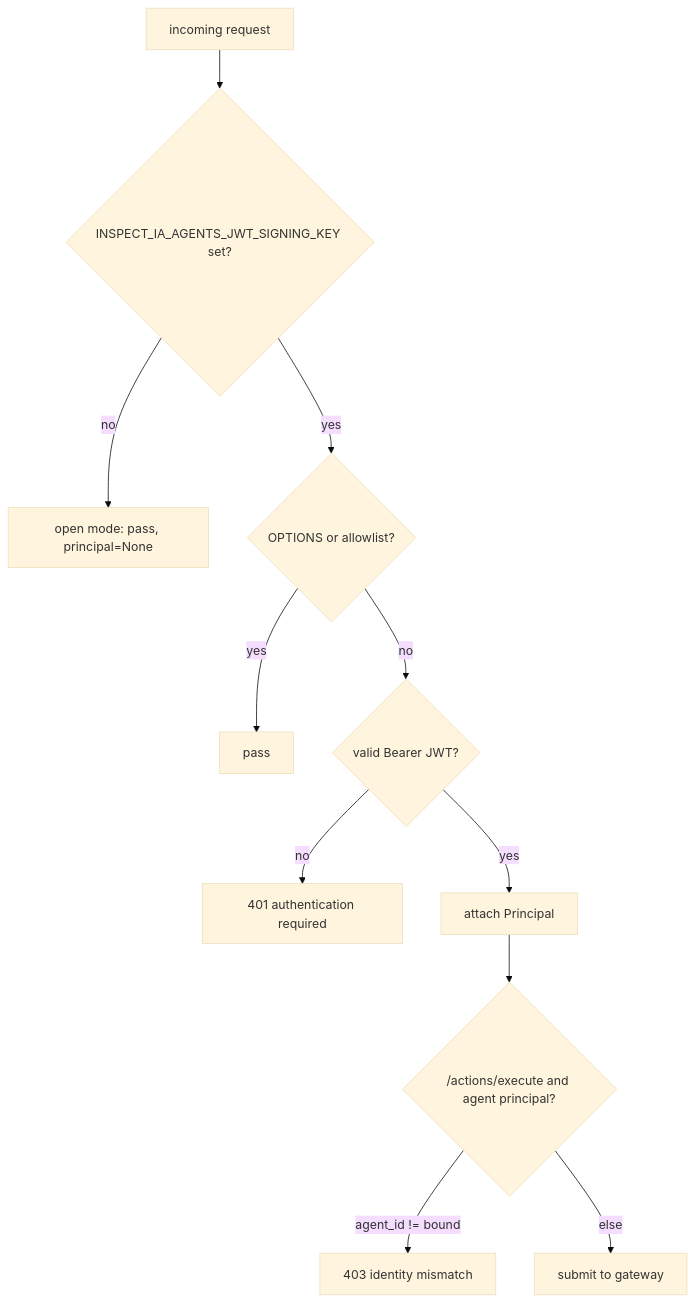
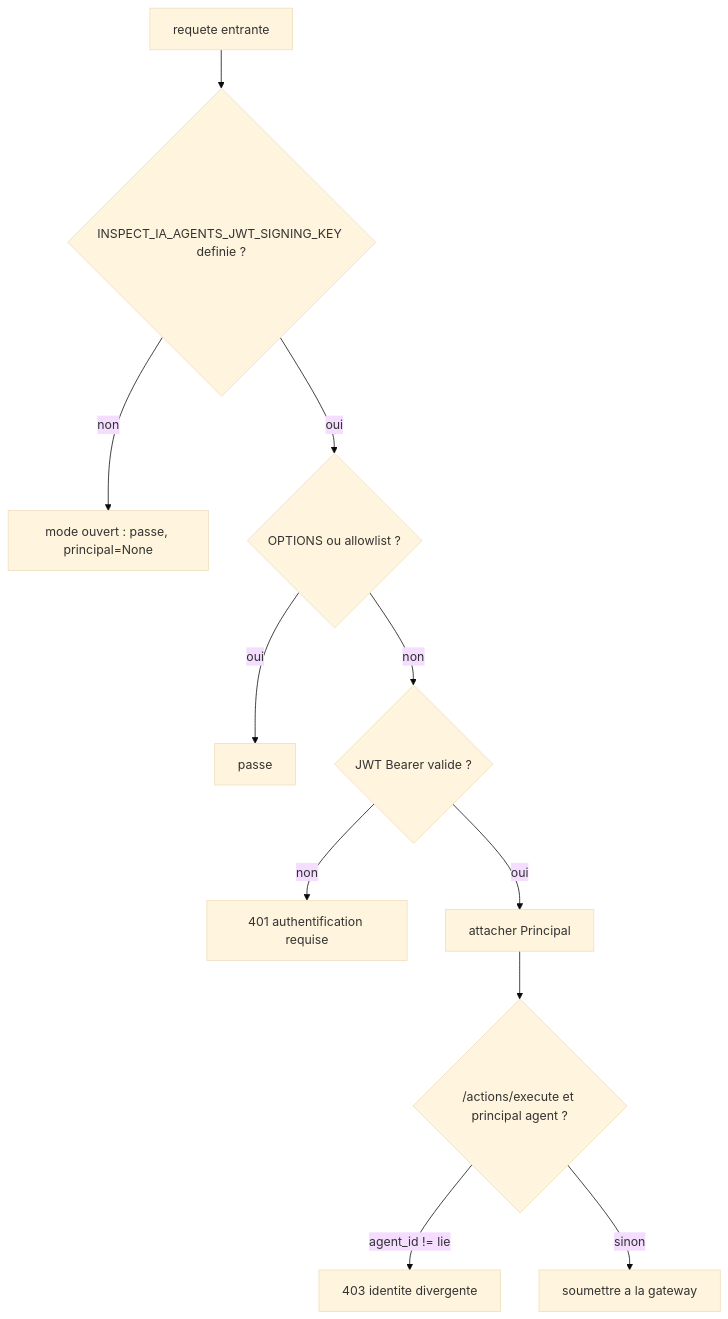
Before and after one commit to mo0ogly/recette_IA_agents: the second of 2 diagrams in docs/runbooks/api-auth.md, drawn with Mermaid (base theme). The commit also changed other lines of this file and 25 other files, not shown here.

````diff
--- a/docs/runbooks/api-auth.md
+++ b/docs/runbooks/api-auth.md
@@ -71,13 +74,13 @@
 ```mermaid
 flowchart TD
-  R["incoming request"] --> K{"INSPECT_IA_AGENTS_JWT_SIGNING_KEY set?"}
-  K -->|no| OPEN["open mode: pass, principal=None"]
-  K -->|yes| A{"OPTIONS or allowlist?"}
-  A -->|yes| PASS["pass"]
-  A -->|no| T{"valid Bearer JWT?"}
-  T -->|no| D401["401 authentication required"]
-  T -->|yes| P["attach Principal"]
-  P --> EXE{"/actions/execute and agent principal?"}
-  EXE -->|agent_id != bound| D403["403 identity mismatch"]
-  EXE -->|else| GW["submit to gateway"]
+  R["requete entrante"] --> K{"INSPECT_IA_AGENTS_JWT_SIGNING_KEY definie ?"}
+  K -->|non| OPEN["mode ouvert : passe, principal=None"]
+  K -->|oui| A{"OPTIONS ou allowlist ?"}
+  A -->|oui| PASS["passe"]
+  A -->|non| T{"JWT Bearer valide ?"}
+  T -->|non| D401["401 authentification requise"]
+  T -->|oui| P["attacher Principal"]
+  P --> EXE{"/actions/execute et principal agent ?"}
+  EXE -->|agent_id != lie| D403["403 identite divergente"]
+  EXE -->|sinon| GW["soumettre a la gateway"]
 ```
````
